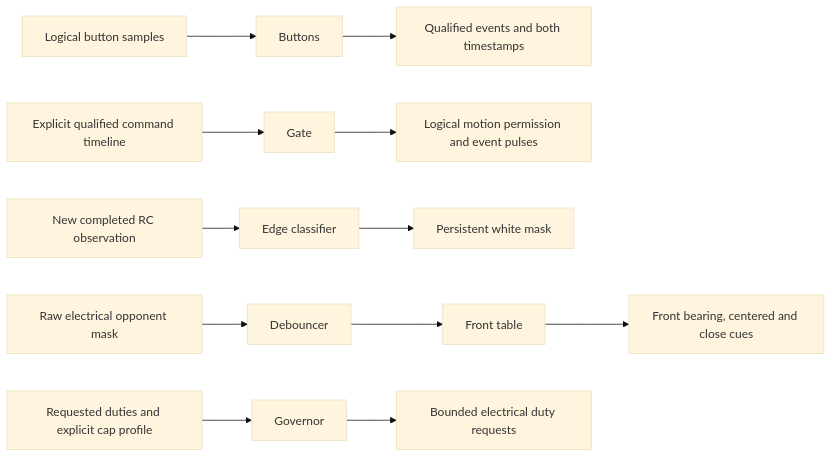
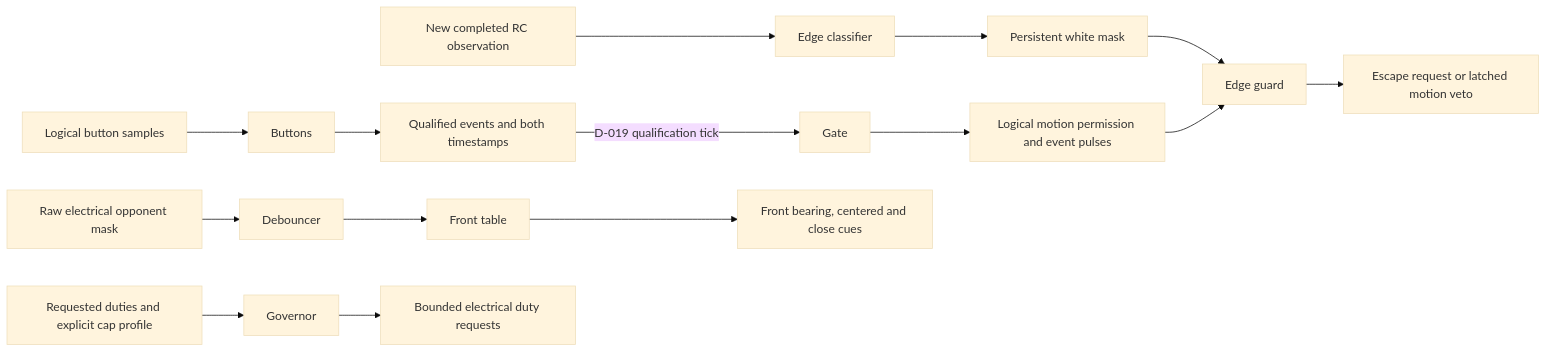
One commit to kaz4n/techbots_Sumo_Robots changed the first of 2 diagrams in docs/ARCHITECTURE.md. Above: the diagram before and after it, drawn with Mermaid (base theme). The commit also changed other lines of this file and 6 other files, not shown here.

````diff
--- a/docs/ARCHITECTURE.md
+++ b/docs/ARCHITECTURE.md
@@ -24,14 +27,17 @@
 ```mermaid
 flowchart LR
     L[Logical button samples] --> B[Buttons]
     B --> E[Qualified events and both timestamps]
-    C[Explicit qualified command timeline] --> G[Gate]
+    E -->|D-019 qualification tick| G[Gate]
     G --> P[Logical motion permission and event pulses]
     Q[New completed RC observation] --> W[Edge classifier]
     W --> M[Persistent white mask]
+    M --> EG[Edge guard]
+    P --> EG
+    EG --> EV[Escape request or latched motion veto]
     R[Raw electrical opponent mask] --> D[Debouncer]
     D --> F[Front table]
     F --> V[Front bearing, centered and close cues]
     A[Requested duties and explicit cap profile] --> S[Governor]
     S --> O[Bounded electrical duty requests]
 ```
````
